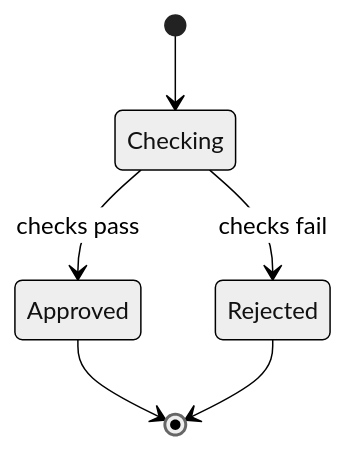
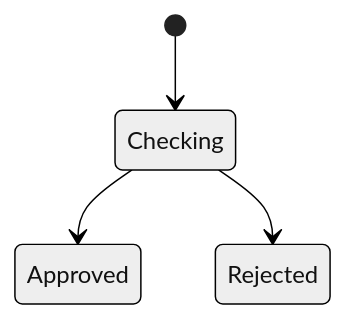
One commit to mols3131d/mols-agent-assets changed the fifth of 5 diagrams in src/rulesync/.rulesync/skills/mols-mermaid-diagram/references/examples/state-diagram.md. Above: the diagram before and after it, drawn with Mermaid (neutral theme). The commit also changed other lines of this file and 17 other files, not shown here.

Commit message:
feat(mermaid): viewport 및 reference 지침 개선

````diff
--- a/src/rulesync/.rulesync/skills/mols-mermaid-diagram/references/examples/state-diagram.md
+++ b/src/rulesync/.rulesync/skills/mols-mermaid-diagram/references/examples/state-diagram.md
@@ -112,8 +88,6 @@
 ```mermaid
 stateDiagram-v2
     [*] --> Checking
-    Checking --> Approved: checks pass
-    Checking --> Rejected: checks fail
-    Approved --> [*]
-    Rejected --> [*]
+    Checking --> Approved
+    Checking --> Rejected
 ```
````
